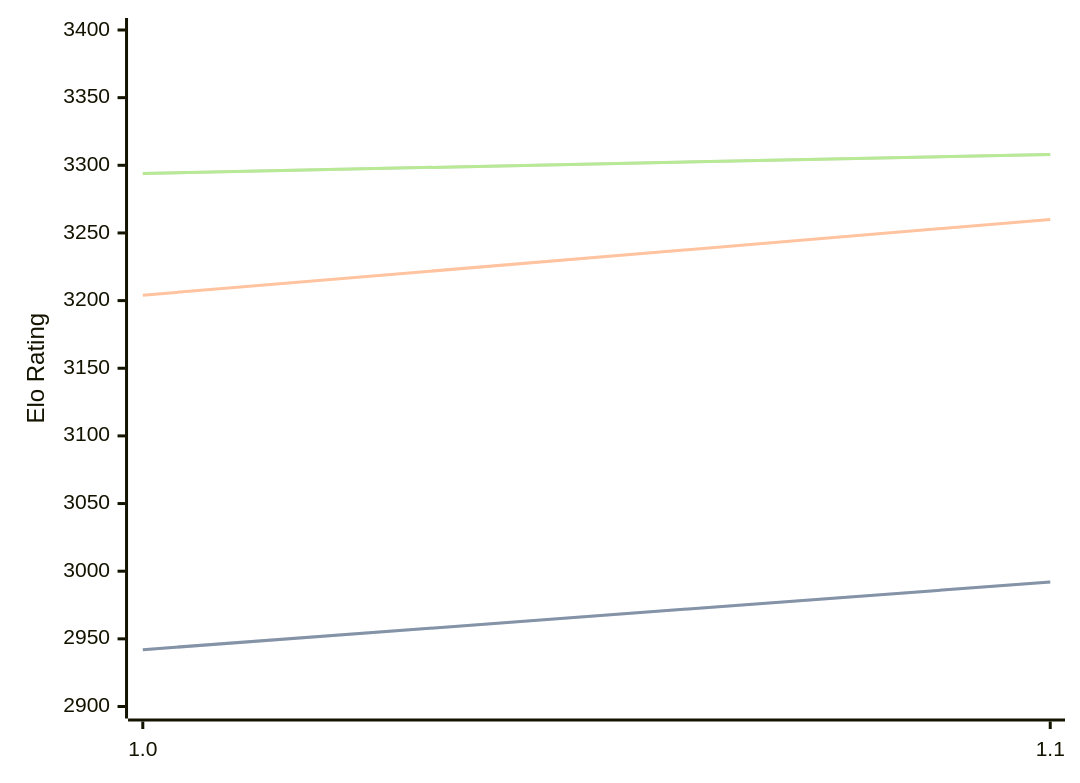
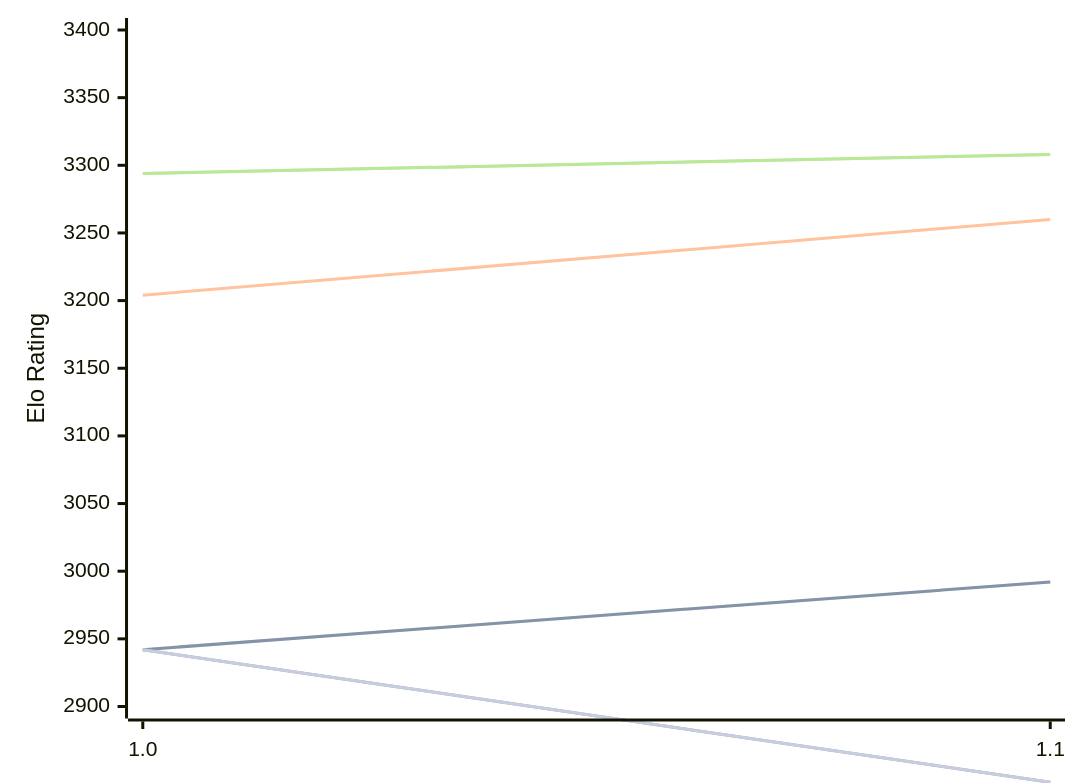
Before and after one commit to computer-chess-index/cci: the diagram in engines/RodentV.md, drawn with Mermaid. The commit also changed other lines of this file, not shown here.

Commit message:
Update CCI Ratings (ELO VLTC) - 2026-10-11

````diff
--- a/engines/RodentV.md
+++ b/engines/RodentV.md
@@ -48,16 +48,13 @@
 ```mermaid
 %%{init: {"theme":"base","themeVariables":{"seriesColors:['#a3a3a3','#222221','#faa371']}}}%%
 xychart-beta
   x-axis ["1.0", "1.1"]
   y-axis "Elo Rating" 2900 --> 3400
   line "" [2942, 2992]
   line "T1: STC (8.0+0.08s)" [2942, 2992]
   line "T1: LTC (60.0+0.60s)" [3204, 3260]
   line "" [3294, 3308]
   line "T1: VLTC (2m24s+1.12s)" [3294, 3308]
-  line "" [2828]
-  line "E1: STC (8.0+0.08s)" [2828]
-  line "E1: LTC (60.0+0.60s)" [3173]
-  line "" [3239]
-  line "E1: VLTC (2m24s+1.12s)" [3239]
+  line "" [2942,2844]
+  line "E1: STC (8.0+0.08s)" [2942,2844]
 ```
````
